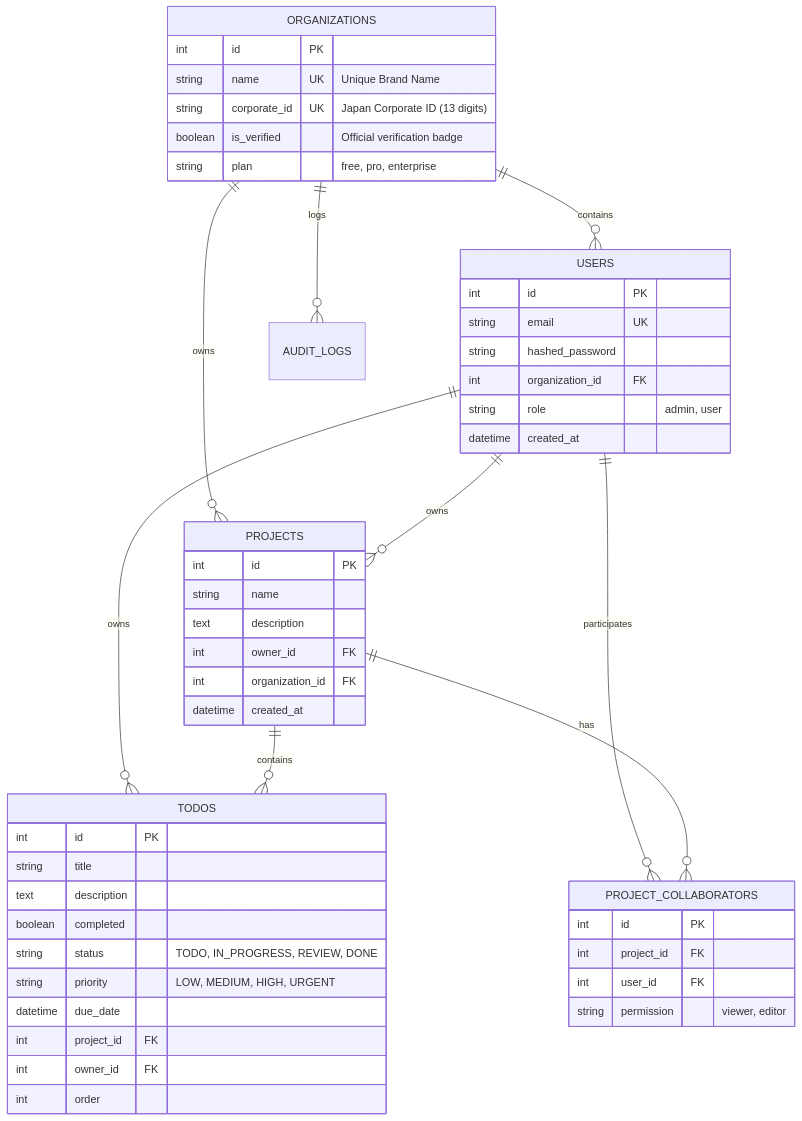
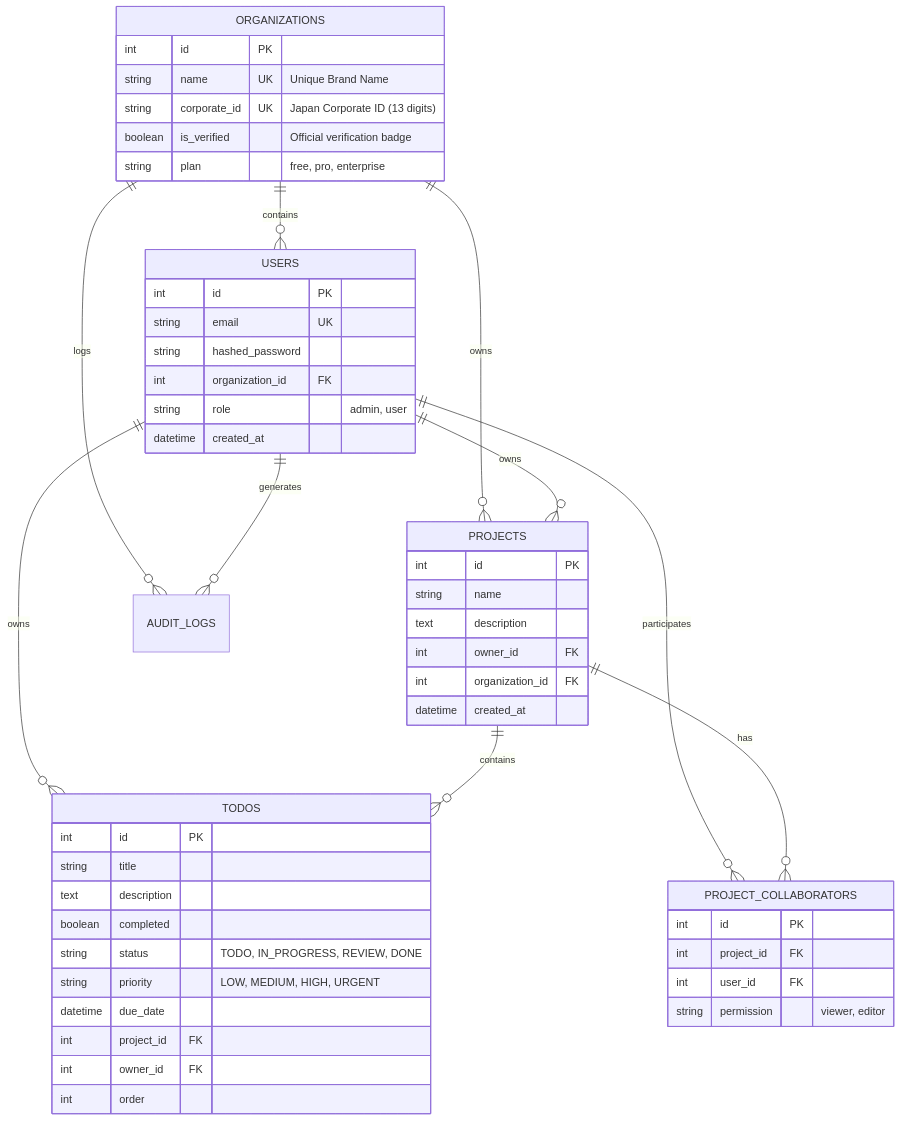
Before and after one commit to rtiak-ops/251025: the second of 2 diagrams in README.md, drawn with Mermaid. The commit also changed other lines of this file and 2 other files, not shown here.

````diff
--- a/README.md
+++ b/README.md
@@ -122,53 +146,54 @@
 ```mermaid
 erDiagram
     ORGANIZATIONS ||--o{ USERS : "contains"
     ORGANIZATIONS ||--o{ PROJECTS : "owns"
     ORGANIZATIONS ||--o{ AUDIT_LOGS : "logs"
+    USERS ||--o{ AUDIT_LOGS : "generates"
     USERS ||--o{ PROJECTS : "owns"
     USERS ||--o{ TODOS : "owns"
     PROJECTS ||--o{ TODOS : "contains"
     USERS ||--o{ PROJECT_COLLABORATORS : "participates"
     PROJECTS ||--o{ PROJECT_COLLABORATORS : "has"
 
     ORGANIZATIONS {
         int id PK
         string name UK "Unique Brand Name"
         string corporate_id UK "Japan Corporate ID (13 digits)"
         boolean is_verified "Official verification badge"
         string plan "free, pro, enterprise"
     }
     USERS {
         int id PK
         string email UK
         string hashed_password
         int organization_id FK
         string role "admin, user"
         datetime created_at
     }
     PROJECTS {
         int id PK
         string name
         text description
         int owner_id FK
         int organization_id FK
         datetime created_at
     }
     PROJECT_COLLABORATORS {
         int id PK
         int project_id FK
         int user_id FK
         string permission "viewer, editor"
     }
     TODOS {
         int id PK
         string title
         text description
         boolean completed
         string status "TODO, IN_PROGRESS, REVIEW, DONE"
         string priority "LOW, MEDIUM, HIGH, URGENT"
         datetime due_date
         int project_id FK
         int owner_id FK
         int order
     }
 ```
````
